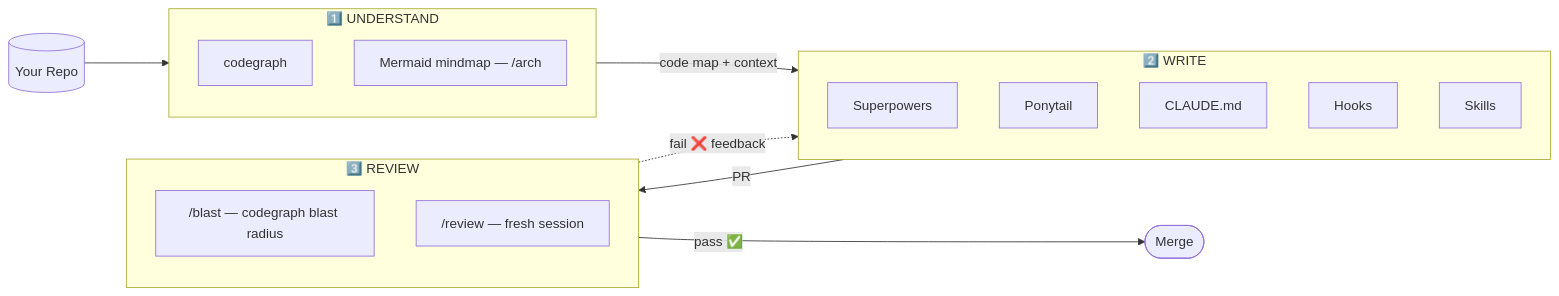
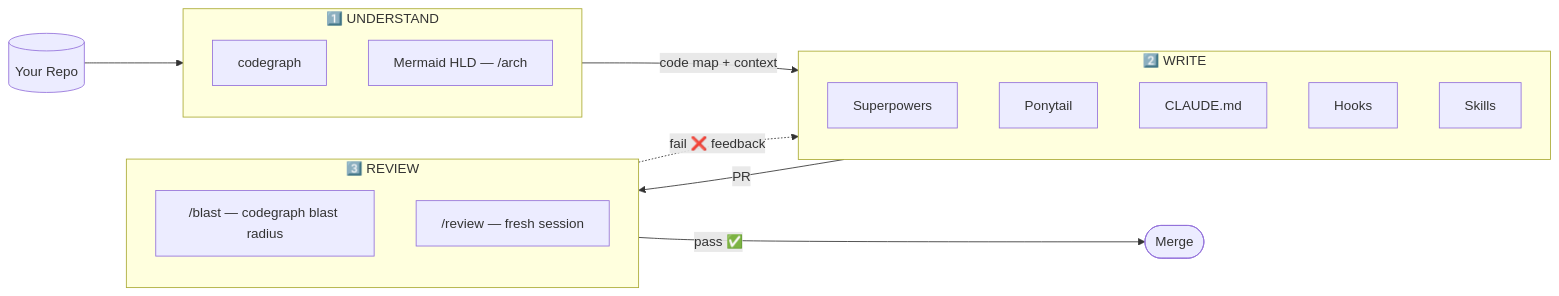
Before and after one commit to codeshivamsi-sketch/ai_dev_workflow: the first of 5 diagrams in README.md, drawn with Mermaid. The commit also changed other lines of this file and 4 other files, not shown here.

Commit message:
rm irrelevant diagram gen

````diff
--- a/README.md
+++ b/README.md
@@ -16,24 +16,24 @@
 ```mermaid
 flowchart LR
     subgraph S1["1️⃣ UNDERSTAND"]
         CG[codegraph]
-        MM[Mermaid mindmap — /arch]
+        MM[Mermaid HLD — /arch]
     end
     subgraph S2["2️⃣ WRITE"]
         SP[Superpowers]
         PT[Ponytail]
         CM[CLAUDE.md]
         HK[Hooks]
         SK[Skills]
     end
     subgraph S3["3️⃣ REVIEW"]
         BR["/blast — codegraph blast radius"]
         CC["/review — fresh session"]
     end
 
     Repo[(Your Repo)] --> S1
     S1 -->|"code map + context"| S2
     S2 -->|"PR"| S3
     S3 -->|"pass ✅"| Merge([Merge])
     S3 -.->|"fail ❌ feedback"| S2
 ```
````
